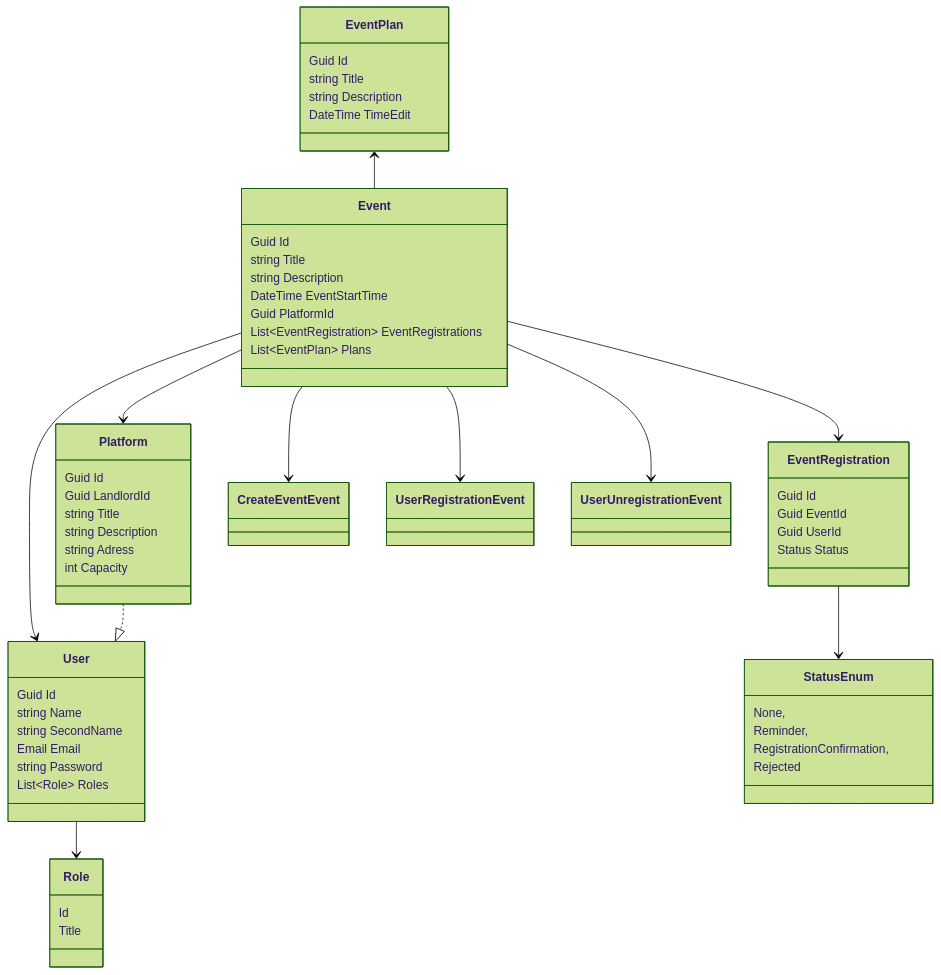
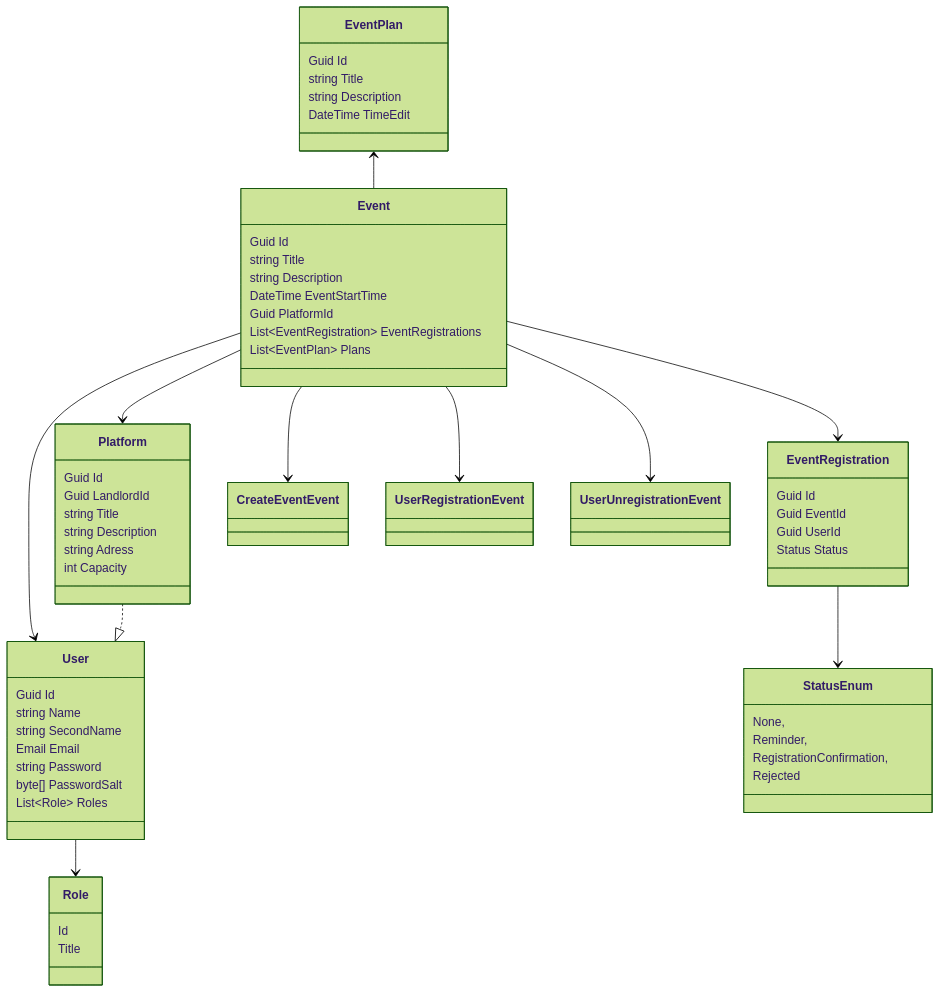
One commit to denismakalich/Realize changed the diagram in README.md. Above: the diagram before and after it, drawn with Mermaid (forest theme).

````diff
--- a/README.md
+++ b/README.md
@@ -2,68 +2,69 @@
 ```mermaid
 classDiagram
     User --> Role
 
     Event --> User
     Event --> Platform
     Event --> EventRegistration
     EventRegistration --> StatusEnum
     Event --> CreateEventEvent
     Event --> UserRegistrationEvent
     Event --> UserUnregistrationEvent
     EventPlan <-- Event
     Platform ..|> User
 
     class Role{
         Id
         Title
     }
 
     class User{
         Guid Id
         string Name
         string SecondName
         Email Email
         string Password
+        byte[] PasswordSalt
         List~Role~ Roles
     }
 
     class Event{
         Guid Id
         string Title
         string Description
         DateTime EventStartTime
         Guid PlatformId
         List~EventRegistration~ EventRegistrations 
         List~EventPlan~ Plans
     }
 
     class Platform{
         Guid Id
         Guid LandlordId
         string Title
         string Description
         string Adress
         int Capacity
     }
 
     class EventRegistration{
         Guid Id
         Guid EventId
         Guid UserId
         Status Status
     }
 
     class StatusEnum{
         None,
         Reminder, 
         RegistrationConfirmation,
         Rejected
     }
 
     class EventPlan{
         Guid Id
         string Title
         string Description
         DateTime TimeEdit
     }
 ```
````
